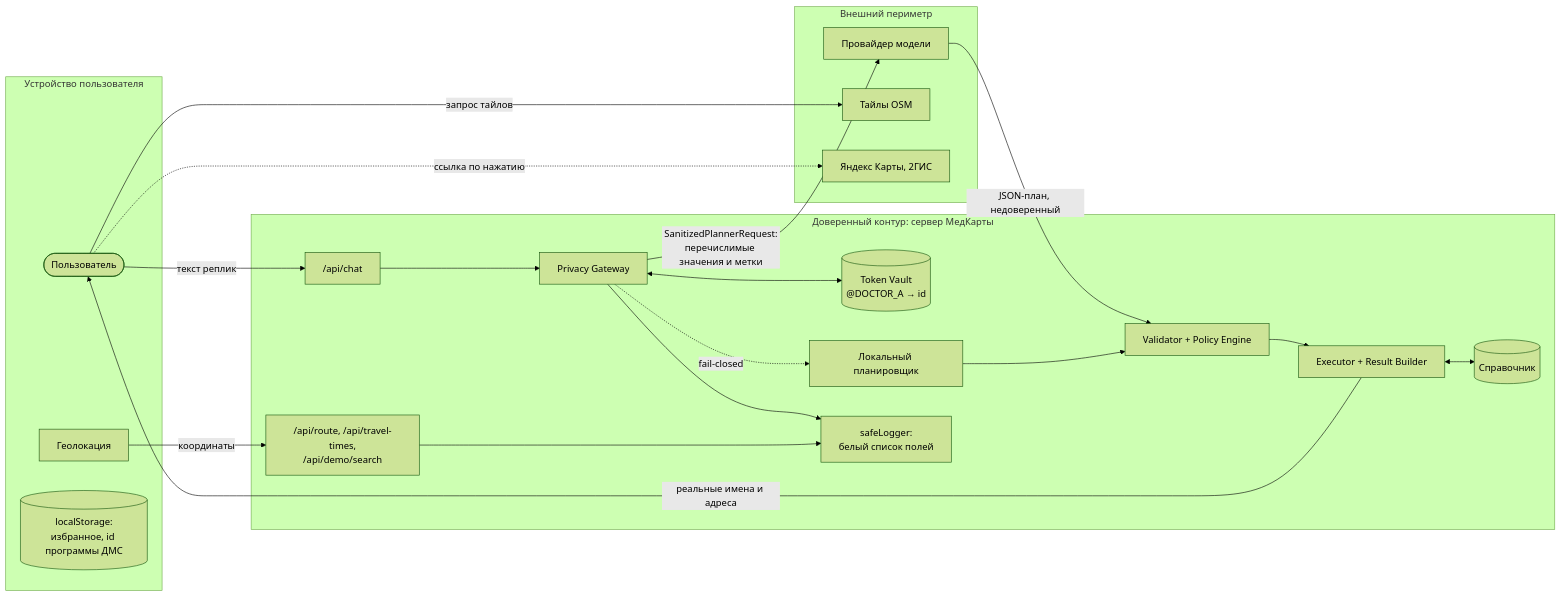
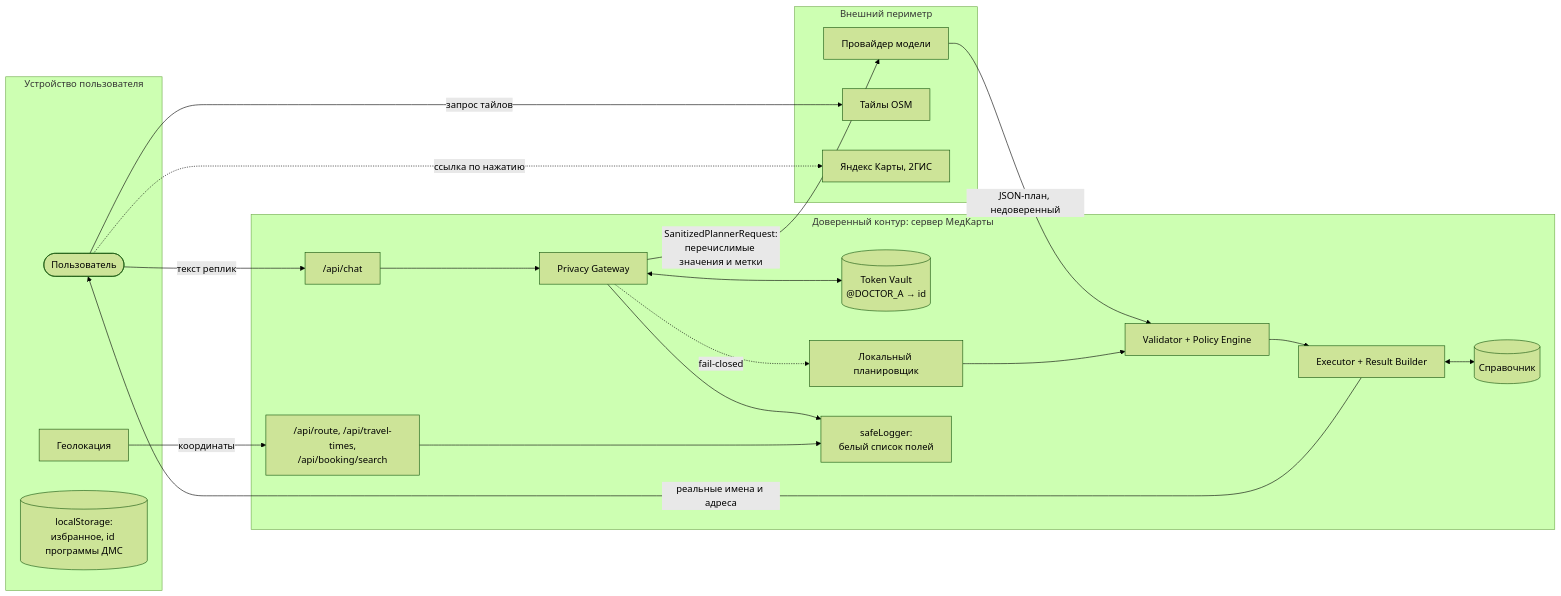
Before and after one commit to MaksimMerkushev/MedKarta: the first of 2 diagrams in docs/07-privacy.md, drawn with Mermaid (forest theme). The commit also changed other lines of this file and 10 other files, not shown here.

Commit message:
docs: booking connector layer, slot cache and /api/booking paths

````diff
--- a/docs/07-privacy.md
+++ b/docs/07-privacy.md
@@ -21,40 +21,40 @@
 ```mermaid
 flowchart LR
     subgraph device["Устройство пользователя"]
         u(["Пользователь"])
         geo["Геолокация"]
         store[("localStorage:<br/>избранное, id программы ДМС")]
     end
 
     subgraph trusted["Доверенный контур: сервер МедКарты"]
         api["/api/chat"]
         gw["Privacy Gateway"]
         vault[("Token Vault<br/>@DOCTOR_A → id")]
         localp["Локальный планировщик"]
         valid["Validator + Policy Engine"]
         exec["Executor + Result Builder"]
         cat[("Справочник")]
-        routing["/api/route, /api/travel-times,<br/>/api/demo/search"]
+        routing["/api/route, /api/travel-times,<br/>/api/booking/search"]
         log["safeLogger:<br/>белый список полей"]
     end
 
     subgraph external["Внешний периметр"]
         llm["Провайдер модели"]
         tiles["Тайлы OSM"]
         maps["Яндекс Карты, 2ГИС"]
     end
 
     u -->|"текст реплик"| api --> gw
     gw <--> vault
     gw -->|"SanitizedPlannerRequest:<br/>перечислимые значения и метки"| llm
     llm -->|"JSON-план, недоверенный"| valid
     gw -.->|"fail-closed"| localp --> valid
     valid --> exec
     exec <--> cat
     exec -->|"реальные имена и адреса"| u
     geo -->|"координаты"| routing
     u -->|"запрос тайлов"| tiles
     u -.->|"ссылка по нажатию"| maps
     gw --> log
     routing --> log
 ```
````
